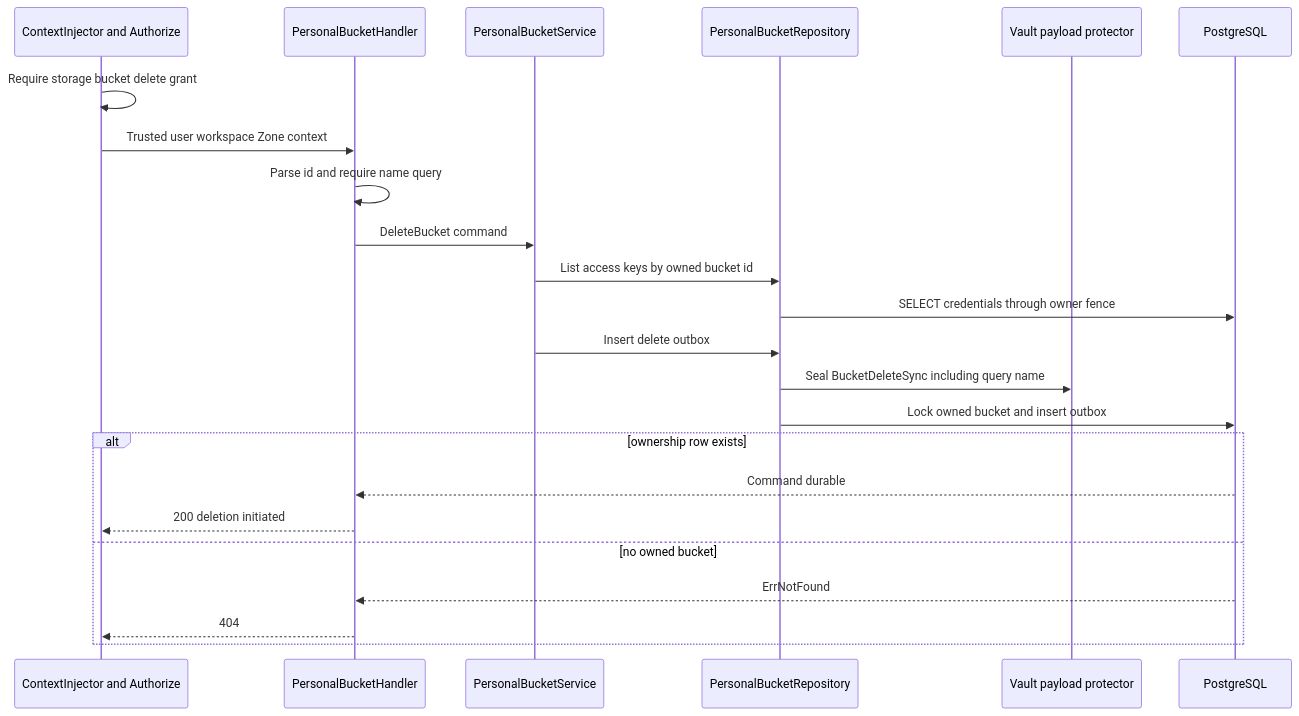
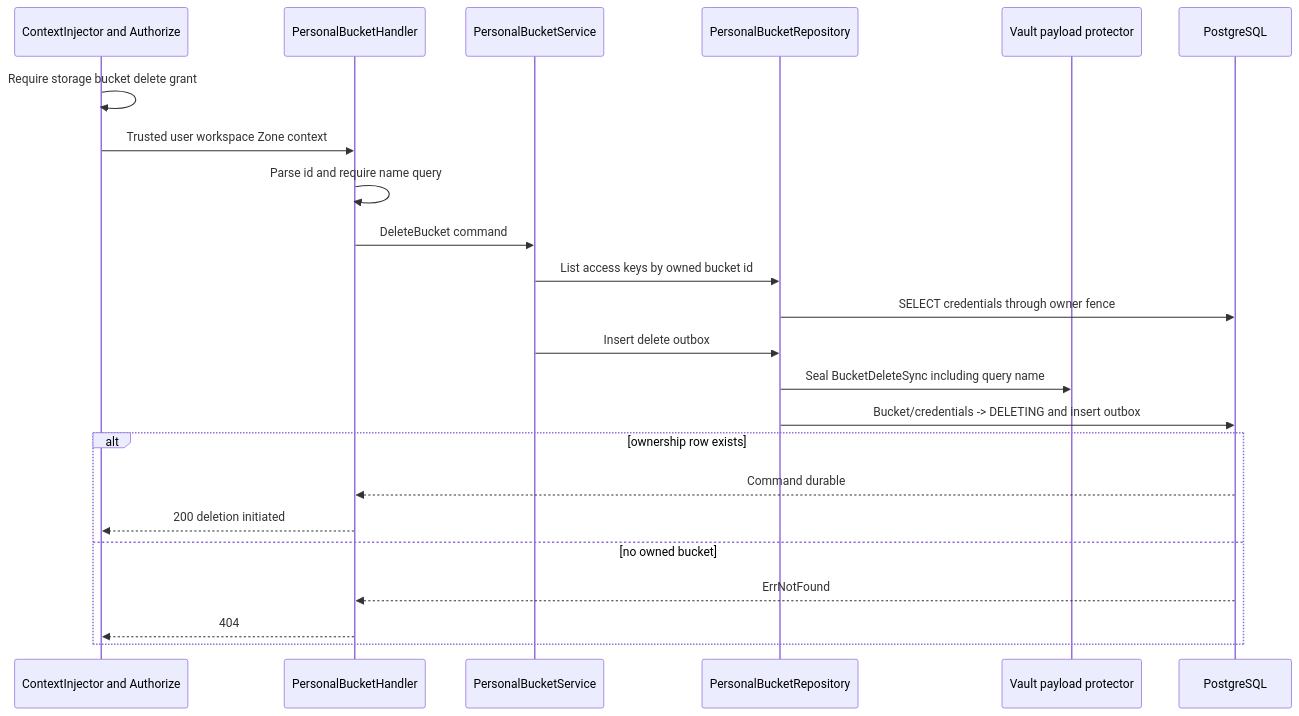
Before and after one commit to phucle996/aurora: the second of 6 diagrams in god_view/storage/personal_bucket_delete_god_view_workflow.md, drawn with Mermaid. The commit also changed other lines of this file and 195 other files, not shown here.

````diff
--- a/god_view/storage/personal_bucket_delete_god_view_workflow.md
+++ b/god_view/storage/personal_bucket_delete_god_view_workflow.md
@@ -100,26 +102,26 @@
 ```mermaid
 sequenceDiagram
     participant M as ContextInjector and Authorize
     participant H as PersonalBucketHandler
     participant S as PersonalBucketService
     participant R as PersonalBucketRepository
     participant V as Vault payload protector
     participant PG as PostgreSQL
 
     M->>M: Require storage bucket delete grant
     M->>H: Trusted user workspace Zone context
     H->>H: Parse id and require name query
     H->>S: DeleteBucket command
     S->>R: List access keys by owned bucket id
     R->>PG: SELECT credentials through owner fence
     S->>R: Insert delete outbox
     R->>V: Seal BucketDeleteSync including query name
-    R->>PG: Lock owned bucket and insert outbox
+    R->>PG: Bucket/credentials -> DELETING and insert outbox
     alt ownership row exists
         PG-->>H: Command durable
         H-->>M: 200 deletion initiated
     else no owned bucket
         PG-->>H: ErrNotFound
         H-->>M: 404
     end
 ```
````
